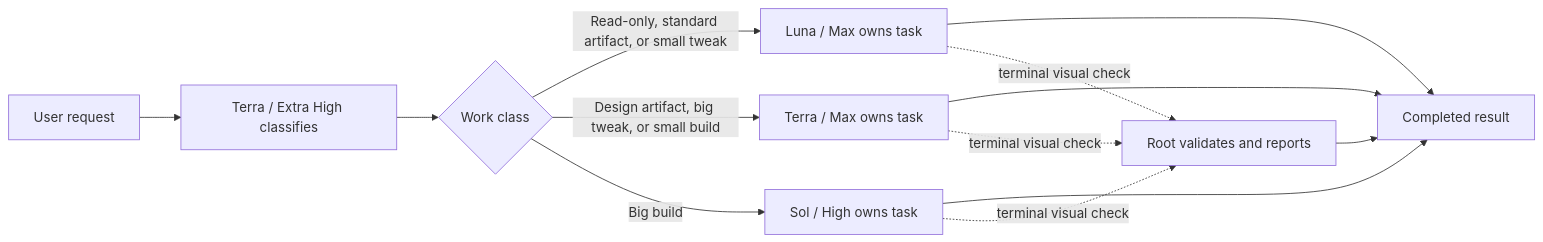
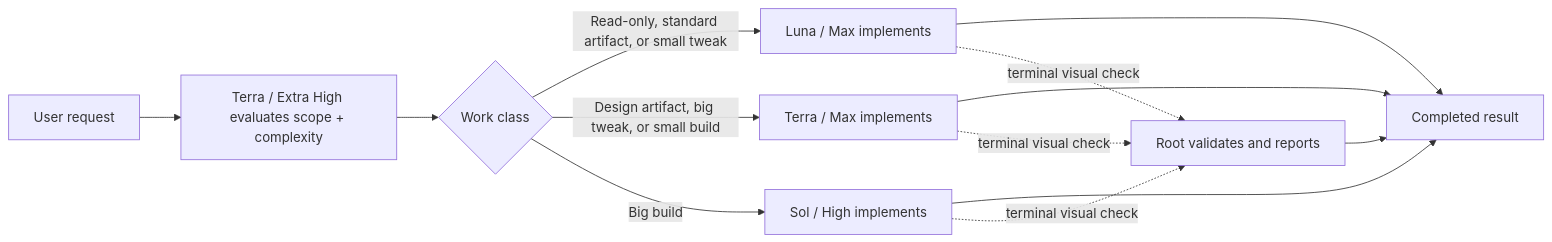
One commit to jessejaffe/codex-orchestration changed the diagram in README.md. Above: the diagram before and after it, drawn with Mermaid. The commit also changed other lines of this file and 1 other file, not shown here.

````diff
--- a/README.md
+++ b/README.md
@@ -20,15 +20,15 @@
 ```mermaid
 flowchart LR
-    U["User request"] --> C["Terra / Extra High classifies"]
+    U["User request"] --> C["Terra / Extra High evaluates scope + complexity"]
     C --> R{"Work class"}
-    R -->|"Read-only, standard artifact, or small tweak"| L["Luna / Max owns task"]
-    R -->|"Design artifact, big tweak, or small build"| T["Terra / Max owns task"]
-    R -->|"Big build"| S["Sol / High owns task"]
+    R -->|"Read-only, standard artifact, or small tweak"| L["Luna / Max implements"]
+    R -->|"Design artifact, big tweak, or small build"| T["Terra / Max implements"]
+    R -->|"Big build"| S["Sol / High implements"]
     L --> D["Completed result"]
     T --> D
     S --> D
     L -. "terminal visual check" .-> V["Root validates and reports"]
     T -. "terminal visual check" .-> V
     S -. "terminal visual check" .-> V
     V --> D
 ```
````
